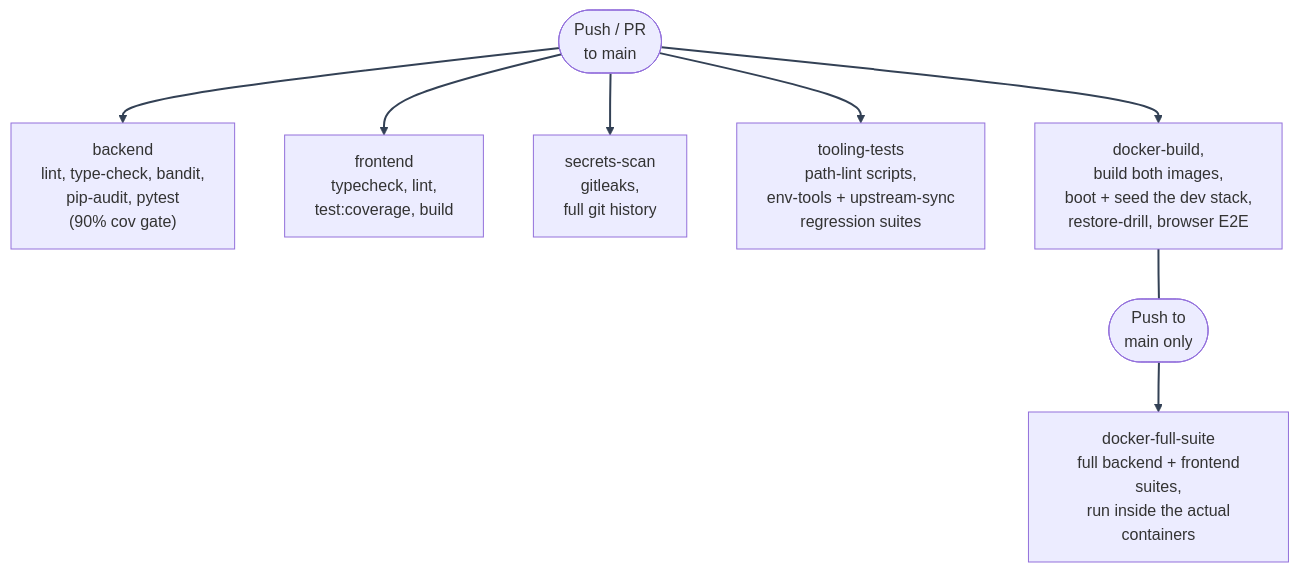
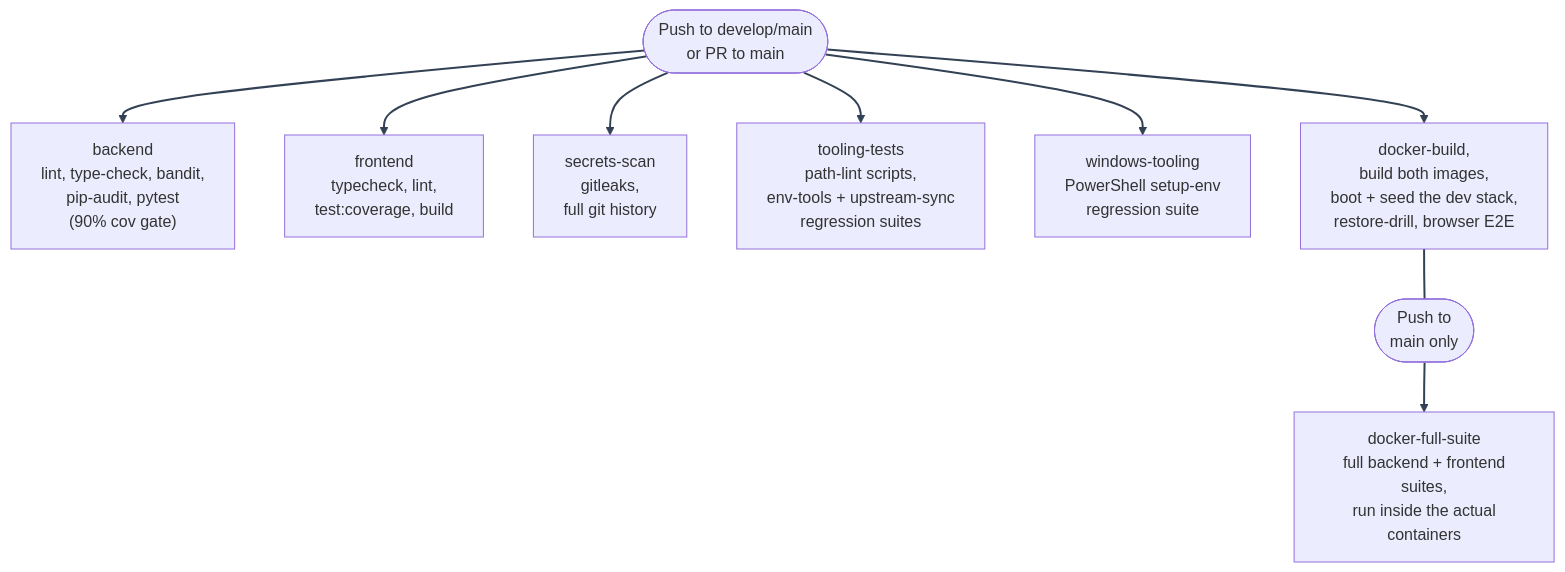
Before and after one commit to Nachiket-2024/mystic-auth: the diagram in docs/mystic_auth/cicd/overview.md, drawn with Mermaid. The commit also changed other lines of this file and 142 other files, not shown here.

````diff
--- a/docs/mystic_auth/cicd/overview.md
+++ b/docs/mystic_auth/cicd/overview.md
@@ -17,14 +17,15 @@
 ```mermaid
 %%{init: {"themeVariables": {"lineColor": "#334155"}} }%%
 flowchart TD
-    Trigger(["Push / PR\n to main"])
+    Trigger(["Push to develop/main\n or PR to main"])
     TriggerMain(["Push to\n main only"])
     Trigger --> Backend["backend\n lint, type-check, bandit,\n pip-audit, pytest\n (90% cov gate)"]
     Trigger --> Frontend["frontend\n typecheck, lint,\n test:coverage, build"]
     Trigger --> Secrets["secrets-scan\n gitleaks,\n full git history"]
     Trigger --> Tooling["tooling-tests\n path-lint scripts,\n env-tools + upstream-sync\n regression suites"]
+    Trigger --> Windows["windows-tooling\n PowerShell setup-env\n regression suite"]
     Trigger --> DockerBuild["docker-build,\n build both images,\n boot + seed the dev stack,\n restore-drill, browser E2E"]
     DockerBuild ~~~ TriggerMain
     TriggerMain --> DockerFullSuite["docker-full-suite\n full backend + frontend suites,\n run inside the actual containers"]
     linkStyle default stroke:#334155,stroke-width:2px
 ```
````
